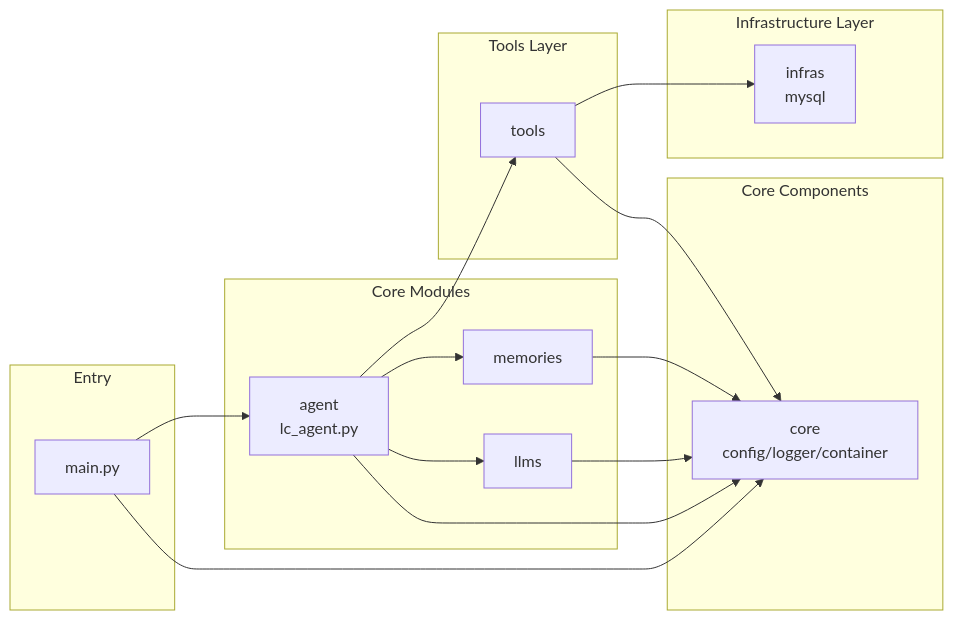
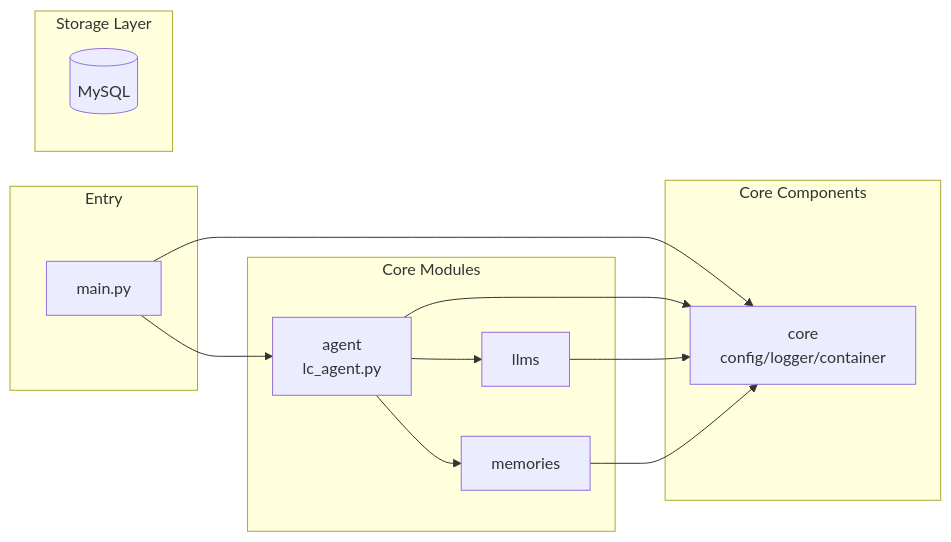
The third of 3 diagrams in README.en.md (chain-engine/x-langchain), drawn with Mermaid before and after one commit. The commit also changed other lines of this file and 3 other files, not shown here.

````diff
--- a/README.en.md
+++ b/README.en.md
@@ -309,35 +313,28 @@
 ```mermaid
 graph LR
     subgraph Entry
         M[main.py]
     end
 
     subgraph Core Components
         CC[core<br/>config/logger/container]
     end
 
     subgraph Core Modules
         AG[agent<br/>lc_agent.py]
         LL[llms]
         MM[memories]
     end
 
-    subgraph Tools Layer
-        TT[tools]
-    end
-
-    subgraph Infrastructure Layer
-        IN[infras<br/>mysql]
+    subgraph Storage Layer
+        DB[(MySQL)]
     end
 
     M --> AG
     M --> CC
     AG --> LL
     AG --> MM
-    AG --> TT
     AG --> CC
     LL --> CC
     MM --> CC
-    TT --> CC
-    TT --> IN
 ```
````
